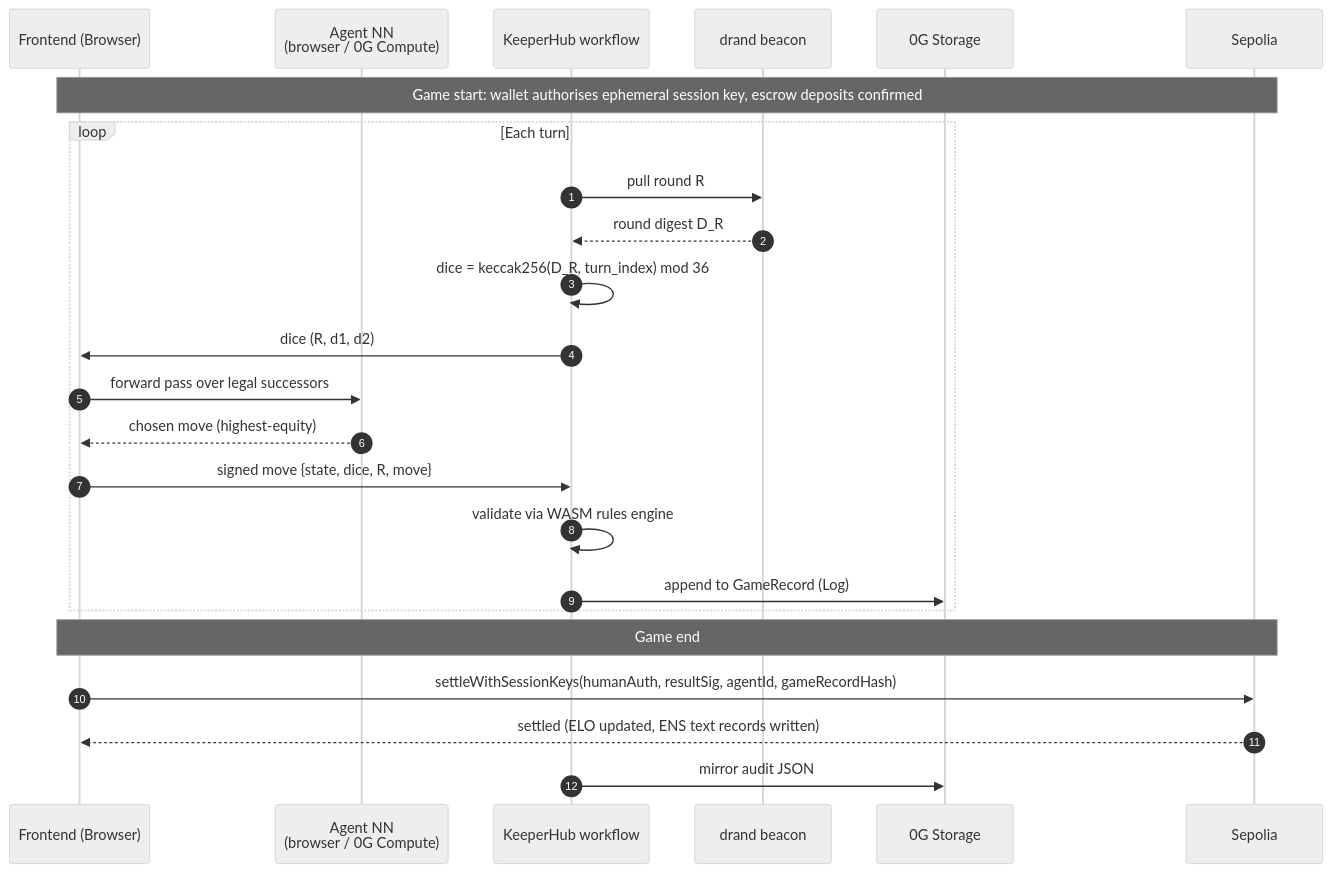
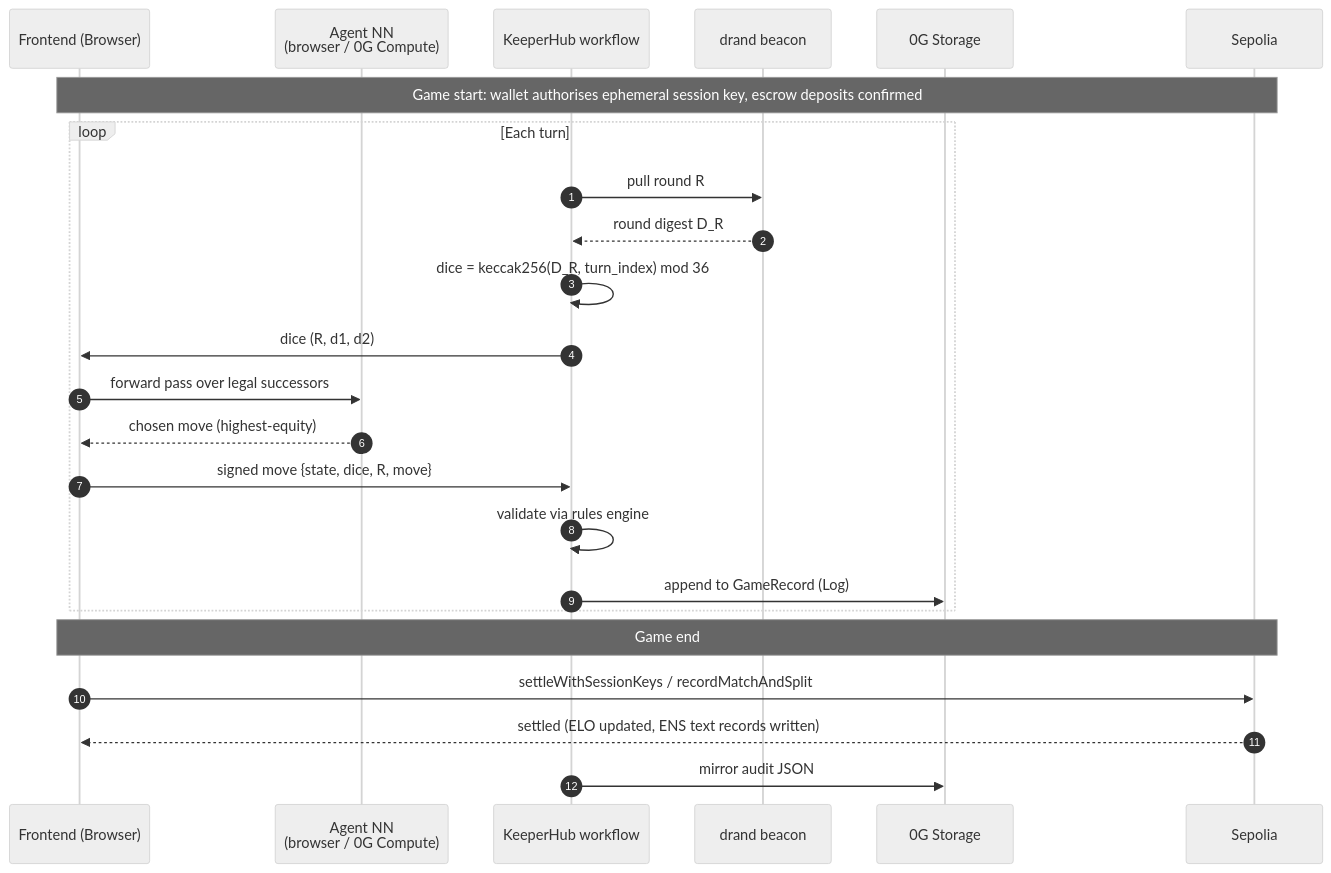
Before and after one commit to oslinin/chaingammon: the diagram in README.md, drawn with Mermaid (neutral theme). The commit also changed other lines of this file, not shown here.

````diff
--- a/README.md
+++ b/README.md
@@ -106,29 +140,29 @@
 ```mermaid
 sequenceDiagram
     autonumber
     participant Browser as Frontend (Browser)
     participant Agent as Agent NN<br/>(browser / 0G Compute)
     participant KH as KeeperHub workflow
     participant Drand as drand beacon
     participant Storage as 0G Storage
     participant Sepolia as Sepolia
 
     Note over Browser,Sepolia: Game start: wallet authorises ephemeral session key, escrow deposits confirmed
 
     loop Each turn
         KH->>Drand: pull round R
         Drand-->>KH: round digest D_R
         KH->>KH: dice = keccak256(D_R, turn_index) mod 36
         KH->>Browser: dice (R, d1, d2)
         Browser->>Agent: forward pass over legal successors
         Agent-->>Browser: chosen move (highest-equity)
         Browser->>KH: signed move {state, dice, R, move}
-        KH->>KH: validate via WASM rules engine
+        KH->>KH: validate via rules engine
         KH->>Storage: append to GameRecord (Log)
     end
 
     Note over Browser,Sepolia: Game end
-    Browser->>Sepolia: settleWithSessionKeys(humanAuth, resultSig, agentId, gameRecordHash)
+    Browser->>Sepolia: settleWithSessionKeys / recordMatchAndSplit
     Sepolia-->>Browser: settled (ELO updated, ENS text records written)
     KH->>Storage: mirror audit JSON
 ```
````
